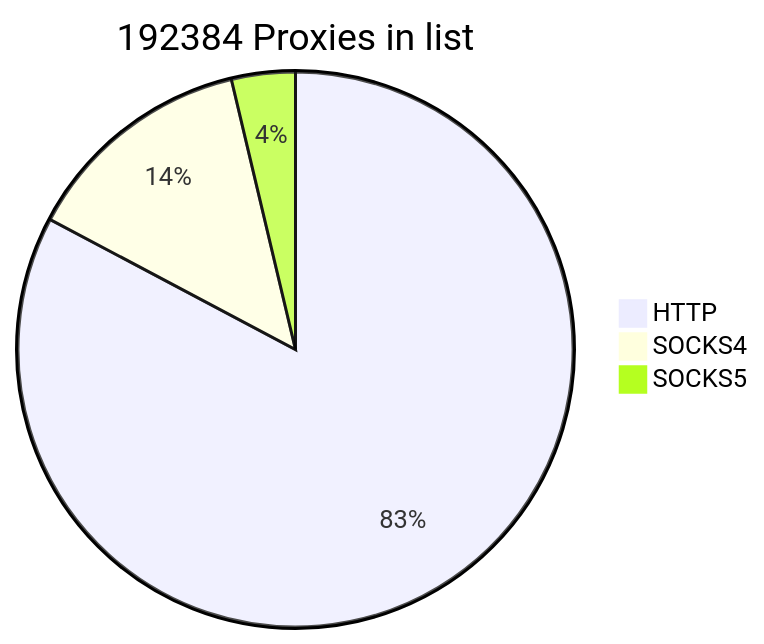
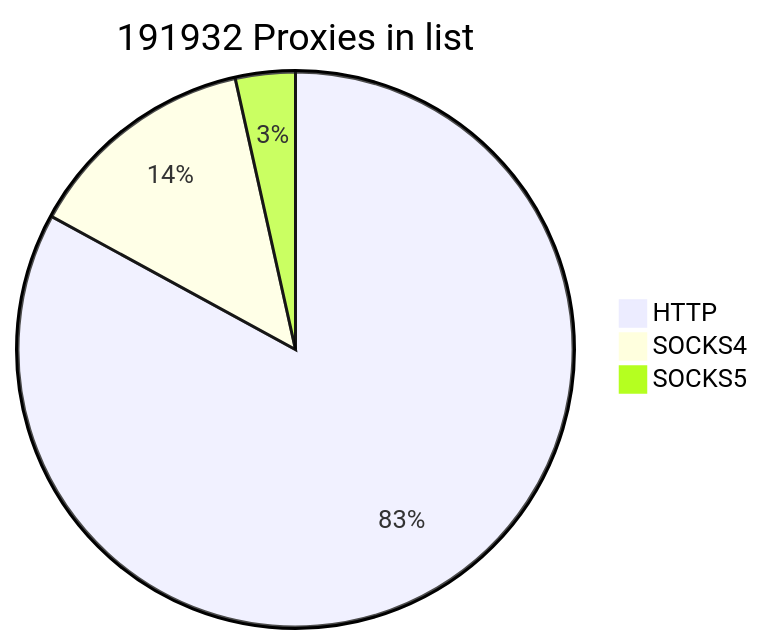
The first of 2 diagrams in README.md (cutipu/proxylist), drawn with Mermaid before and after one commit. The commit also changed other lines of this file, not shown here.

````diff
--- a/README.md
+++ b/README.md
@@ -2,7 +2,7 @@
 ```mermaid
-pie title 192384 Proxies in list
+pie title 191932 Proxies in list
     "HTTP" : 159202
     "SOCKS4" : 26046
-    "SOCKS5" : 7136
+    "SOCKS5" : 6684
             
 ```
````
